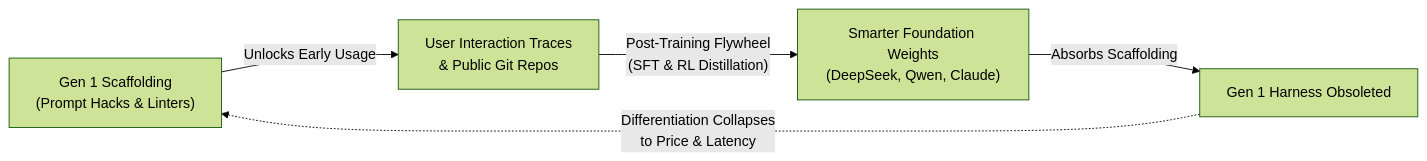
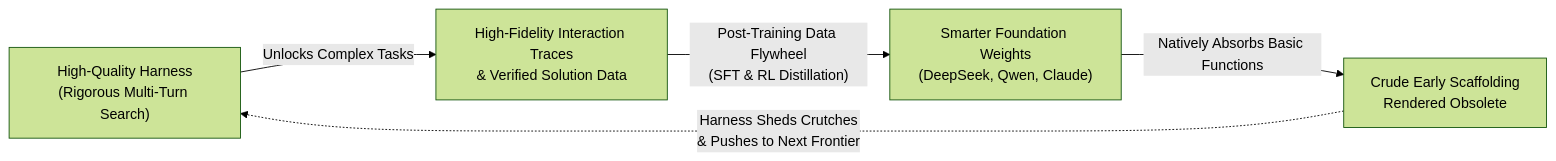
The first of 3 diagrams in docs/articles/beyond-coding-why-domain-expansion-saves-the-agent-harness.md (dionyziuz/proof_harness), drawn with Mermaid (forest theme) before and after one commit. The commit also changed other lines of this file, not shown here.

Commit message:
docs: weave in Data Flywheel, Persistent Limits, and Domain Expansion with concrete proof_harness examples

````diff
--- a/docs/articles/beyond-coding-why-domain-expansion-saves-the-agent-harness.md
+++ b/docs/articles/beyond-coding-why-domain-expansion-saves-the-agent-harness.md
@@ -19,7 +17,7 @@
 ```mermaid
 flowchart LR
-    A["Gen 1 Scaffolding\n(Prompt Hacks & Linters)"] -->|"Unlocks Early Usage"| B["User Interaction Traces\n& Public Git Repos"]
-    B -->|"Post-Training Flywheel\n(SFT & RL Distillation)"| C["Smarter Foundation Weights\n(DeepSeek, Qwen, Claude)"]
-    C -->|"Absorbs Scaffolding"| D["Gen 1 Harness Obsoleted"]
-    D -.->|"Differentiation Collapses\nto Price & Latency"| A
+    A["High-Quality Harness\n(Rigorous Multi-Turn Search)"] -->|"Unlocks Complex Tasks"| B["High-Fidelity Interaction Traces\n& Verified Solution Data"]
+    B -->|"Post-Training Data Flywheel\n(SFT & RL Distillation)"| C["Smarter Foundation Weights\n(DeepSeek, Qwen, Claude)"]
+    C -->|"Natively Absorbs Basic Functions"| D["Crude Early Scaffolding\nRendered Obsolete"]
+    D -.->|"Harness Sheds Crutches\n& Pushes to Next Frontier"| A
 ```
````
